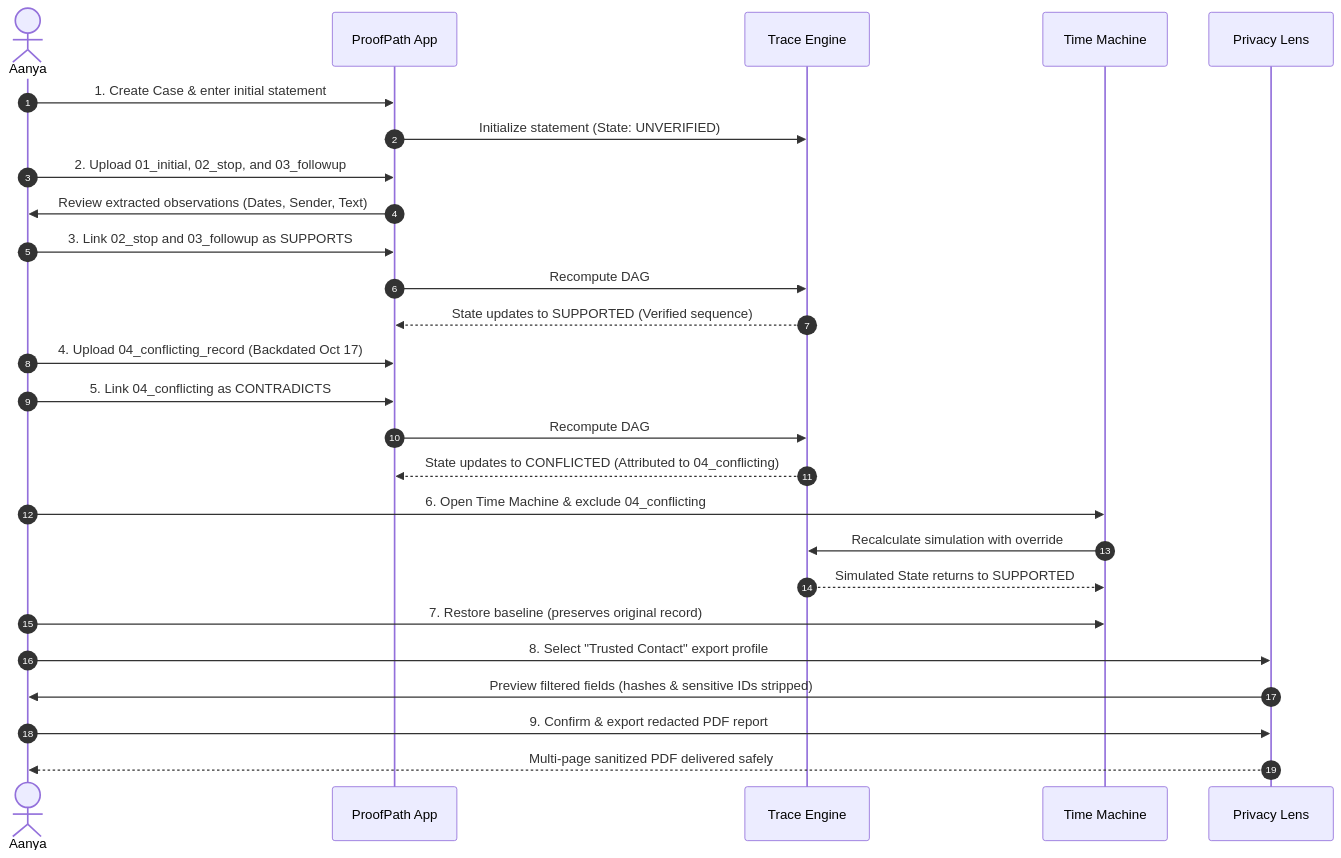
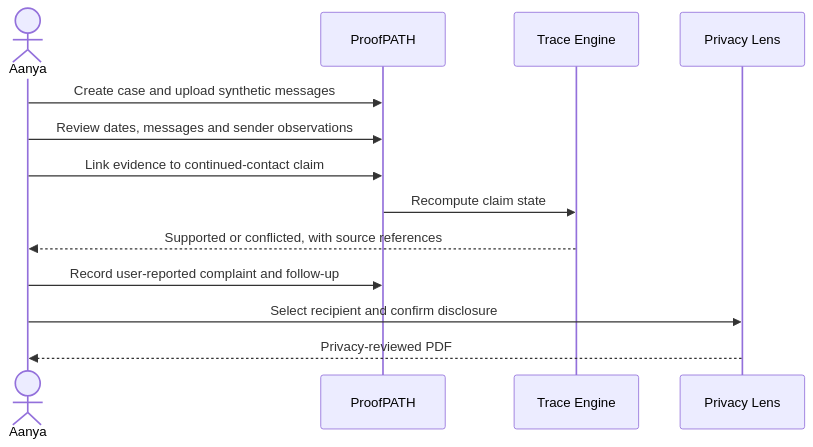
The third of 3 diagrams in README.md (bh00mi-11/ProofPATH), drawn with Mermaid before and after one commit. The commit also changed other lines of this file, not shown here.

Commit message:
Focus README on local MVP, concise features, Mermaid architecture and scenario

````diff
--- a/README.md
+++ b/README.md
@@ -330,32 +76,15 @@
 ```mermaid
 sequenceDiagram
-    autonumber
     actor Aanya
-    participant UI as ProofPath App
-    participant Engine as Trace Engine
-    participant TM as Time Machine
-    participant Disc as Privacy Lens
-
-    Aanya->>UI: 1. Create Case & enter initial statement
-    UI->>Engine: Initialize statement (State: UNVERIFIED)
-    Aanya->>UI: 2. Upload 01_initial, 02_stop, and 03_followup
-    UI->>Aanya: Review extracted observations (Dates, Sender, Text)
-    Aanya->>UI: 3. Link 02_stop and 03_followup as SUPPORTS
-    UI->>Engine: Recompute DAG
-    Engine-->>UI: State updates to SUPPORTED (Verified sequence)
-    
-    Aanya->>UI: 4. Upload 04_conflicting_record (Backdated Oct 17)
-    Aanya->>UI: 5. Link 04_conflicting as CONTRADICTS
-    UI->>Engine: Recompute DAG
-    Engine-->>UI: State updates to CONFLICTED (Attributed to 04_conflicting)
-    
-    Aanya->>TM: 6. Open Time Machine & exclude 04_conflicting
-    TM->>Engine: Recalculate simulation with override
-    Engine-->>TM: Simulated State returns to SUPPORTED
-    Aanya->>TM: 7. Restore baseline (preserves original record)
-    
-    Aanya->>Disc: 8. Select "Trusted Contact" export profile
-    Disc->>Aanya: Preview filtered fields (hashes & sensitive IDs stripped)
-    Aanya->>Disc: 9. Confirm & export redacted PDF report
-    Disc-->>Aanya: Multi-page sanitized PDF delivered safely
+    participant App as ProofPATH
+    participant Trace as Trace Engine
+    participant PDF as Privacy Lens
+    Aanya->>App: Create case and upload synthetic messages
+    Aanya->>App: Review dates, messages and sender observations
+    Aanya->>App: Link evidence to continued-contact claim
+    App->>Trace: Recompute claim state
+    Trace-->>Aanya: Supported or conflicted, with source references
+    Aanya->>App: Record user-reported complaint and follow-up
+    Aanya->>PDF: Select recipient and confirm disclosure
+    PDF-->>Aanya: Privacy-reviewed PDF
 ```
````
